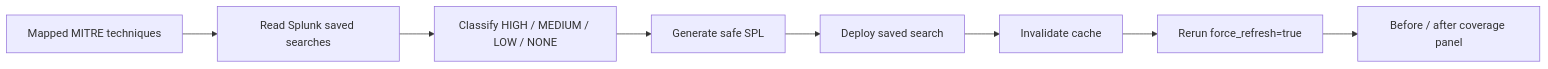
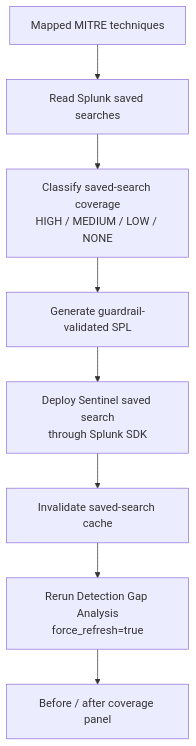
One commit to Asembris/splunk-sentinel changed the fourth of 5 diagrams in architecture_diagram.md. Above: the diagram before and after it, drawn with Mermaid. The commit also changed other lines of this file, not shown here.

Commit message:
docs: polish architecture diagram

````diff
--- a/architecture_diagram.md
+++ b/architecture_diagram.md
@@ -109,19 +111,19 @@
 ```mermaid
-flowchart LR
+flowchart TD
     Mapped["Mapped MITRE techniques"]
     Read["Read Splunk saved searches"]
-    Classify["Classify HIGH / MEDIUM / LOW / NONE"]
-    Generate["Generate safe SPL"]
-    Deploy["Deploy saved search"]
-    Cache["Invalidate cache"]
-    Refresh["Rerun force_refresh=true"]
+    Classify["Classify saved-search coverage<br/>HIGH / MEDIUM / LOW / NONE"]
+    Generate["Generate guardrail-validated SPL"]
+    Deploy["Deploy Sentinel saved search<br/>through Splunk SDK"]
+    Cache["Invalidate saved-search cache"]
+    Refresh["Rerun Detection Gap Analysis<br/>force_refresh=true"]
     Panel["Before / after coverage panel"]
 
     Mapped --> Read
     Read --> Classify
     Classify --> Generate
     Generate --> Deploy
     Deploy --> Cache
     Cache --> Refresh
     Refresh --> Panel
 ```
````
